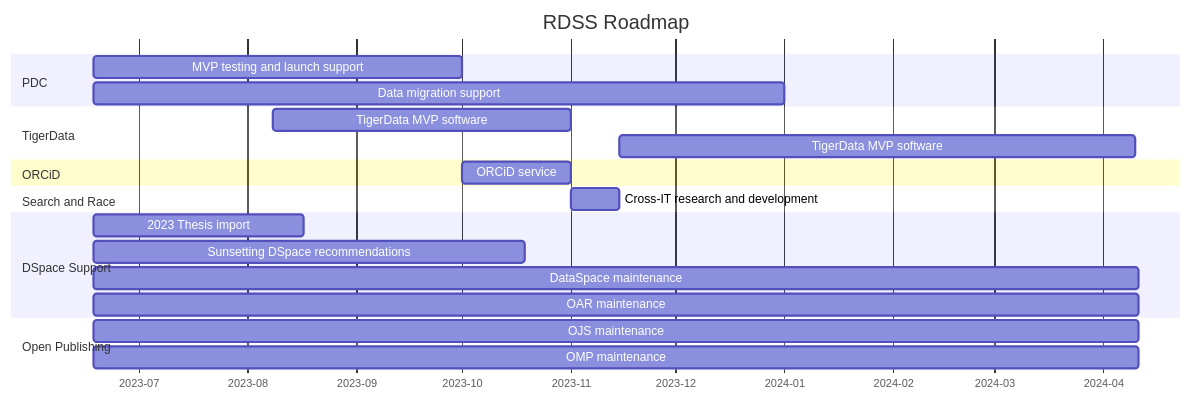
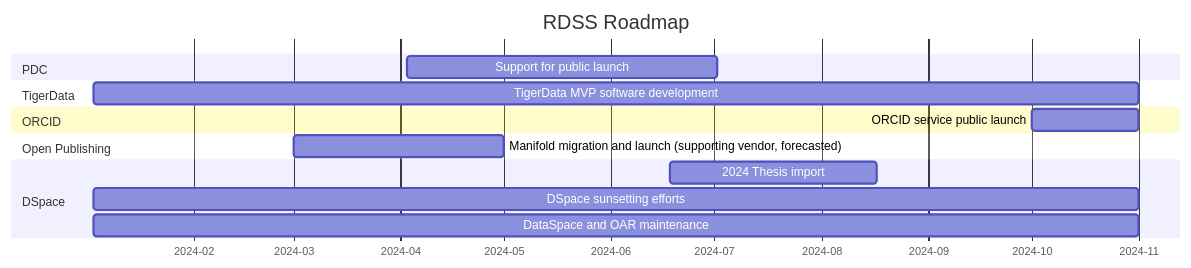
One commit to pulibrary/rdss-handbook changed the first of 39 diagrams in roadmap.md. Above: the diagram before and after it, drawn with Mermaid.

Commit message:
Revise roadmap to reflect 2024 priorities (#219)
* WIP revising roadmap to reflect 2024 priorities

* Fixed typo

* Added DSpace sunsetting and manifold

````diff
--- a/roadmap.md
+++ b/roadmap.md
@@ -5,24 +5,18 @@
 ```mermaid
 gantt
     title RDSS Roadmap
     axisFormat  %Y-%m
     dateformat YYYY-MM
     section PDC
-    MVP testing and launch support: pd1,2023-06-18,105d
-    Data migration support: pd2,2023-06-18,197d
+    Support for public launch: pd1,2024-04-03,90d
     section TigerData
-    TigerData MVP software: td1,2023-08-08,85d
-    TigerData MVP software: td2,2023-11-15,147d
-    section ORCiD
-    ORCiD service: pd3,2023-10-01,31d
-    section Search and Race
-    Cross-IT research and development: sar1,2023-11-01,14d
-    section DSpace Support
-    2023 Thesis import: dsp1,2023-06-18,60d
-    Sunsetting DSpace recommendations: dsp2,2023-06-18,123d
-    DataSpace maintenance: dsp3,2023-06-18,298d
-    OAR maintenance: dsp4,2023-06-18,298d
+    TigerData MVP software development: td1,2024-01-03,303d
+    section ORCID
+    ORCID service public launch: pd3,2024-10-01,31d
     section Open Publishing
-    OJS maintenance: op1,2023-06-18,298d
-    OMP maintenance: op2,2023-06-18,298d
+    Manifold migration and launch (supporting vendor, forecasted): op1,2024-03-01,61d
+    section DSpace
+    2024 Thesis import: dsp1,2024-06-18,60d
+    DSpace sunsetting efforts: dsp2,2024-01-03,303d
+    DataSpace and OAR maintenance: dsp3,2024-01-03,303d
 ```
````
